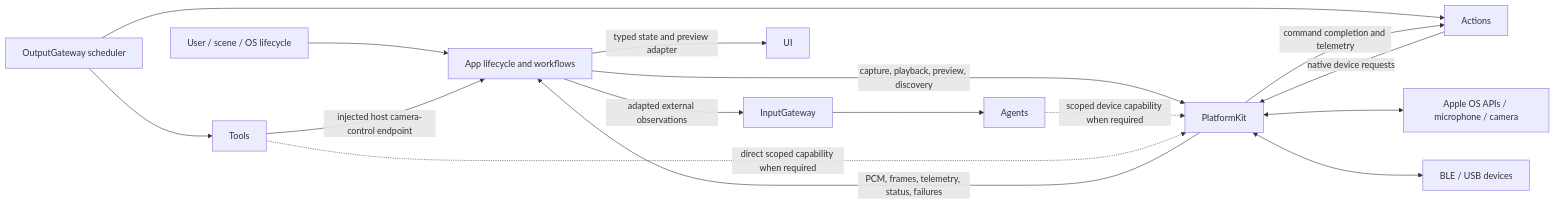
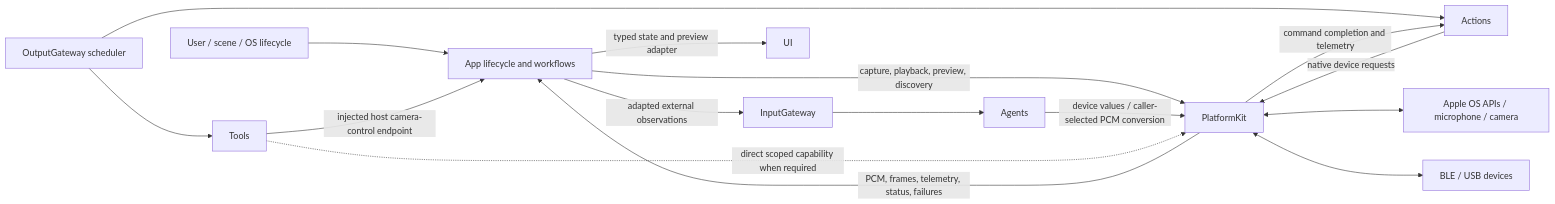
One commit to devilyouwei/MobileHarness changed the first of 2 diagrams in MobileHarness/PlatformKit/README.md. Above: the diagram before and after it, drawn with Mermaid. The commit also changed other lines of this file and 100 other files, not shown here.

````diff
--- a/MobileHarness/PlatformKit/README.md
+++ b/MobileHarness/PlatformKit/README.md
@@ -20,21 +20,21 @@
 ```mermaid
 flowchart LR
     Intent[User / scene / OS lifecycle] --> App[App lifecycle and workflows]
     Gateway[OutputGateway scheduler] --> Actions[Actions]
     Gateway --> Tools[Tools]
 
     App -->|capture, playback, preview, discovery| Platform[PlatformKit]
     Actions -->|native device requests| Platform
-    Agents[Agents] -.->|scoped device capability when required| Platform
+    Agents[Agents] -->|device values / caller-selected PCM conversion| Platform
     Tools -->|injected host camera-control endpoint| App
     Tools -.->|direct scoped capability when required| Platform
 
     Platform <--> Systems[Apple OS APIs / microphone / camera]
     Platform <--> Hardware[BLE / USB devices]
     Platform -->|PCM, frames, telemetry, status, failures| App
     Platform -->|command completion and telemetry| Actions
 
     App -->|adapted external observations| Input[InputGateway]
     Input --> Agents
     App -->|typed state and preview adapter| UI[UI]
 ```
````
